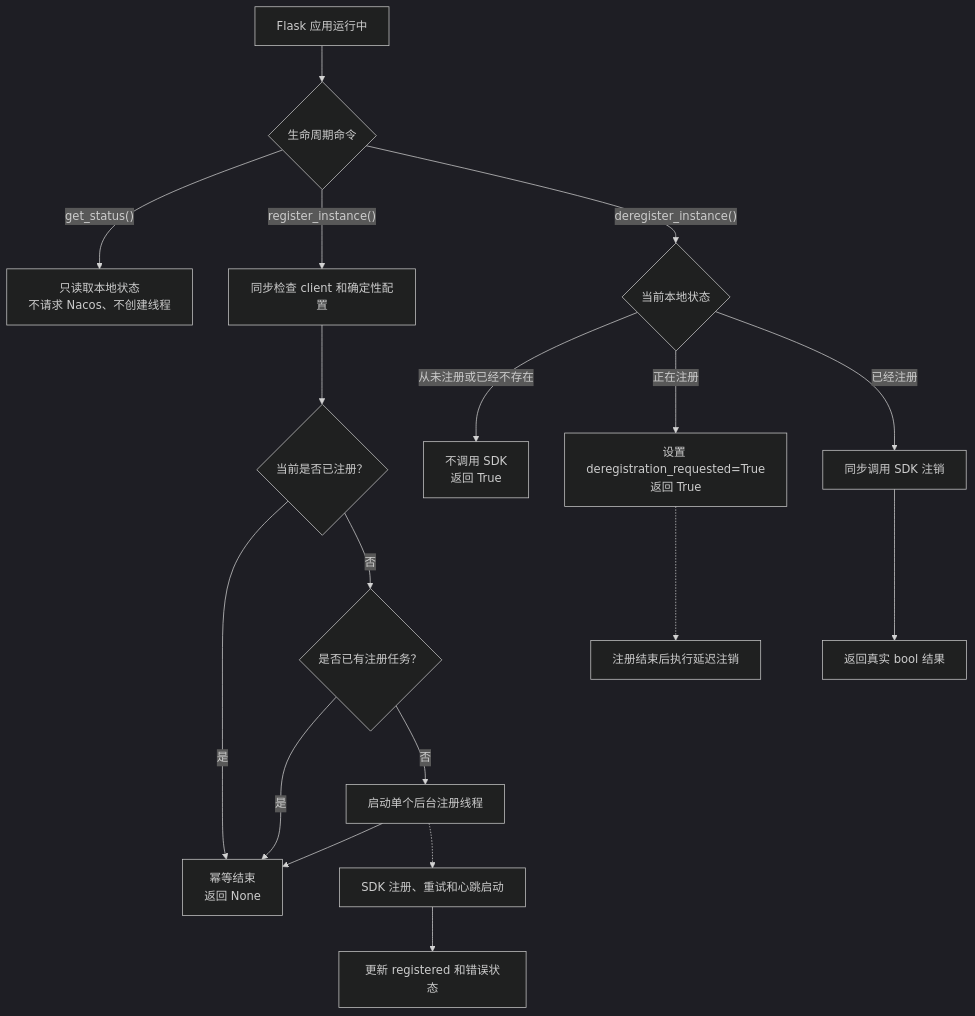
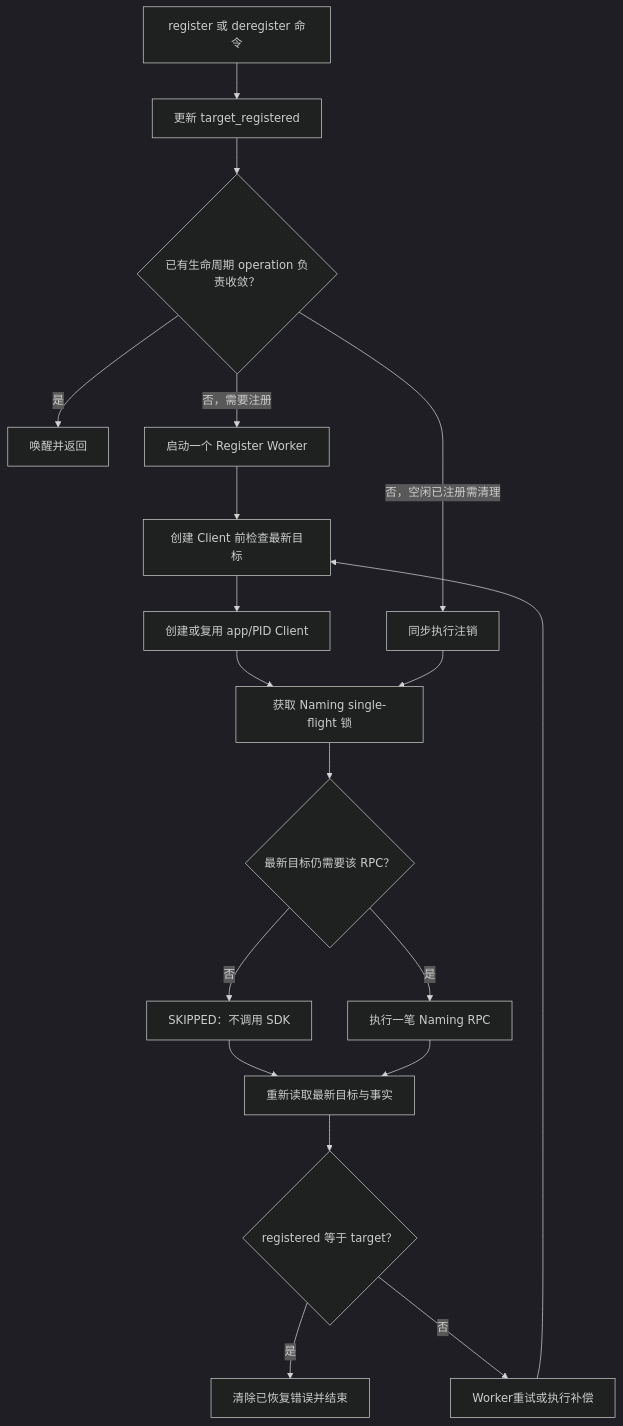
One commit to pumpkin-nbc/Flask-Nacos changed the second of 2 diagrams in docs/service-registration.zh-CN.md. Above: the diagram before and after it, drawn with Mermaid (dark theme). The commit also changed other lines of this file and 73 other files, not shown here.

````diff
--- a/docs/service-registration.zh-CN.md
+++ b/docs/service-registration.zh-CN.md
@@ -86,23 +70,21 @@
 ```mermaid
 flowchart TD
-    A["Flask 应用运行中"] --> B{"生命周期命令"}
-
-    B -- "get_status()" --> C["只读取本地状态<br/>不请求 Nacos、不创建线程"]
-
-    B -- "register_instance()" --> D["同步检查 client 和确定性配置"]
-    D --> E{"当前是否已注册？"}
-    E -- "是" --> F["幂等结束<br/>返回 None"]
-    E -- "否" --> G{"是否已有注册任务？"}
-    G -- "是" --> F
-    G -- "否" --> H["启动单个后台注册线程"]
-    H --> F
-    H -.-> I["SDK 注册、重试和心跳启动"]
-    I --> J["更新 registered 和错误状态"]
-
-    B -- "deregister_instance()" --> K{"当前本地状态"}
-    K -- "从未注册或已经不存在" --> L["不调用 SDK<br/>返回 True"]
-    K -- "正在注册" --> M["设置 deregistration_requested=True<br/>返回 True"]
-    M -.-> N["注册结束后执行延迟注销"]
-    K -- "已经注册" --> O["同步调用 SDK 注销"]
-    O --> P["返回真实 bool 结果"]
+    A["register 或 deregister 命令"] --> B["更新 target_registered"]
+    B --> C{"已有生命周期 operation 负责收敛？"}
+    C -- "是" --> D["唤醒并返回"]
+    C -- "否，需要注册" --> E["启动一个 Register Worker"]
+    C -- "否，空闲已注册需清理" --> F["同步执行注销"]
+    E --> G["创建 Client 前检查最新目标"]
+    G --> H["创建或复用 app/PID Client"]
+    H --> I["获取 Naming single-flight 锁"]
+    F --> I
+    I --> J{"最新目标仍需要该 RPC？"}
+    J -- "否" --> K["SKIPPED：不调用 SDK"]
+    J -- "是" --> L["执行一笔 Naming RPC"]
+    K --> M["重新读取最新目标与事实"]
+    L --> M
+    M --> N{"registered 等于 target？"}
+    N -- "是" --> O["清除已恢复错误并结束"]
+    N -- "否" --> P["Worker重试或执行补偿"]
+    P --> G
 ```
````
